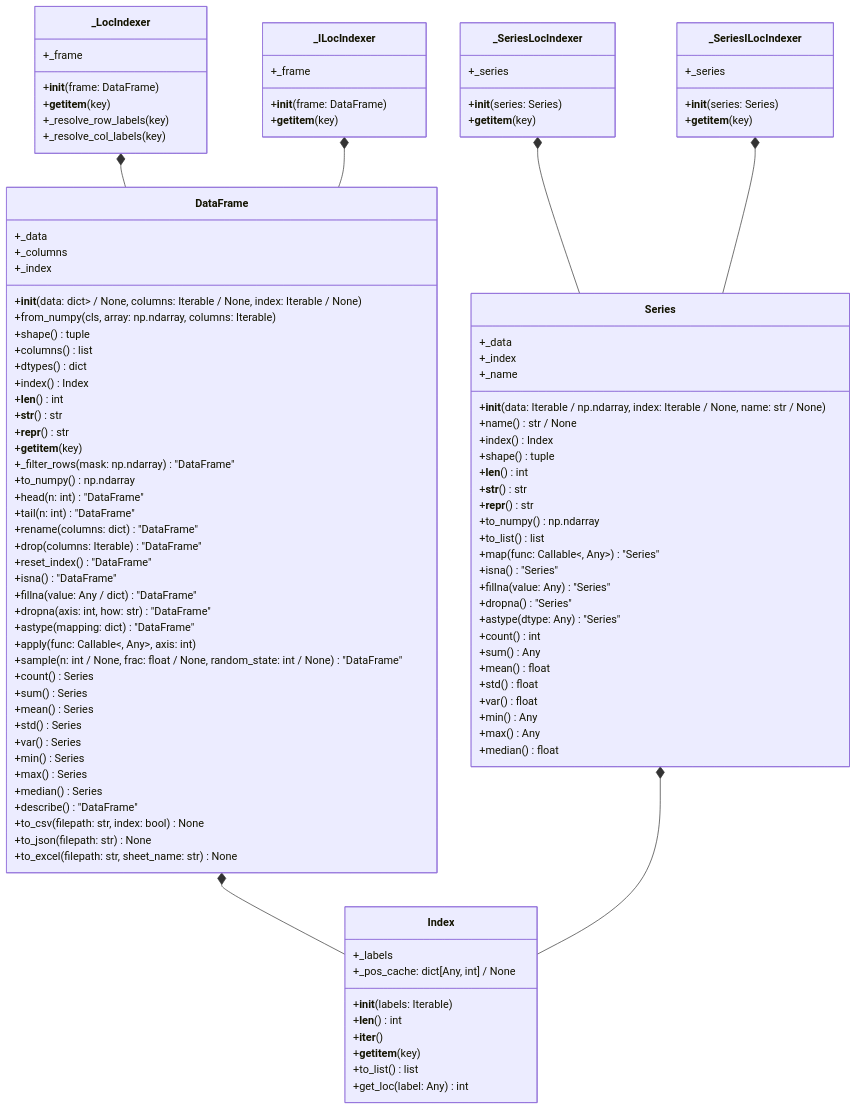
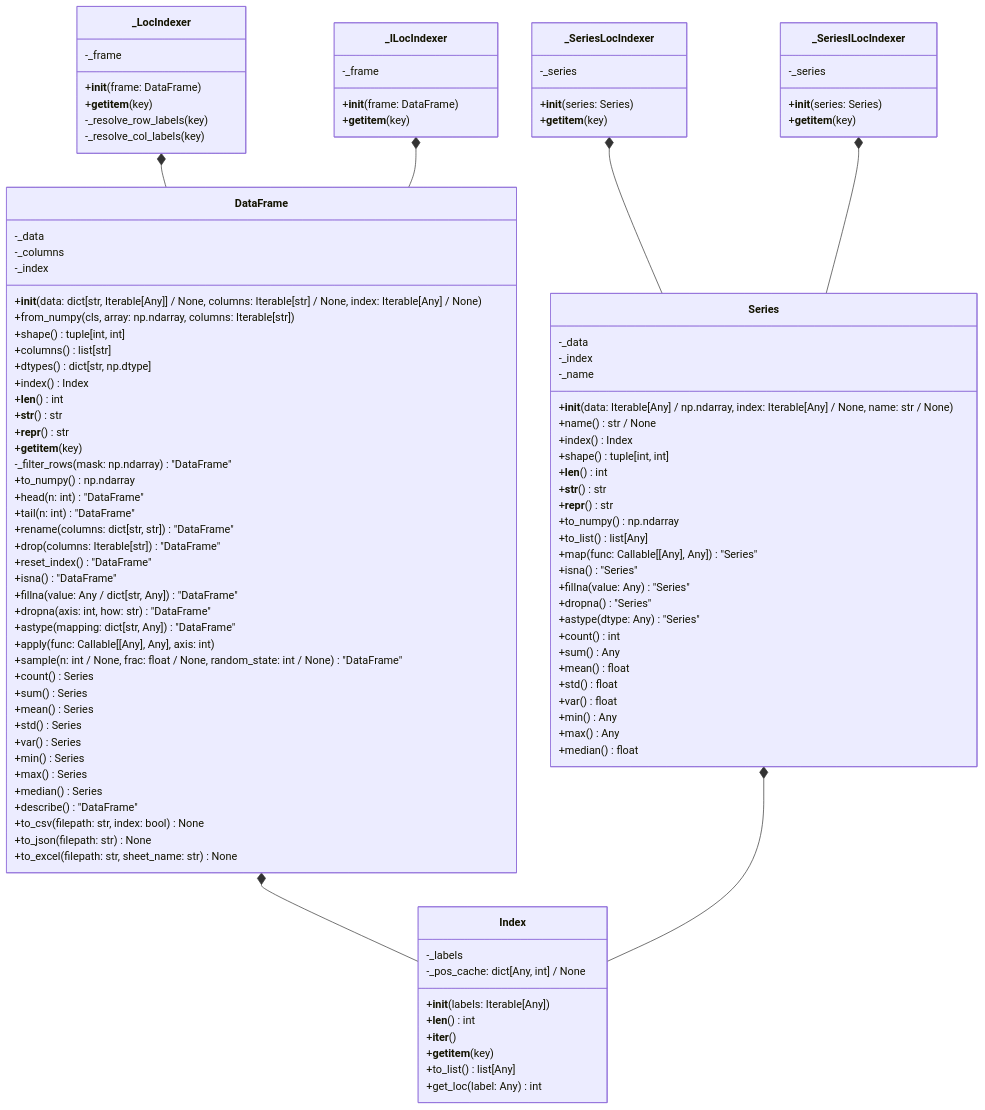
Before and after one commit to SmollCoco/GlassBox: the diagram in packages/glassbox-numpandas/docs/UML_Class_Diagram.md, drawn with Mermaid. The commit also changed 5 other files, not shown here.

Commit message:
correcting UML diagrams of eda and numpandas

````diff
--- a/packages/glassbox-numpandas/docs/UML_Class_Diagram.md
+++ b/packages/glassbox-numpandas/docs/UML_Class_Diagram.md
@@ -3,31 +3,31 @@
 ```mermaid
 classDiagram
     class DataFrame {
-        +_data
-        +_columns
-        +_index
-        +__init__(data: dict<str, Iterable<Any>> / None, columns: Iterable<str> / None, index: Iterable<Any> / None)
-        +from_numpy(cls, array: np.ndarray, columns: Iterable<str>)
-        +shape()  tuple<int, int>
-        +columns()  list<str>
-        +dtypes()  dict<str, np.dtype>
+        -_data
+        -_columns
+        -_index
+        +__init__(data: dict[str, Iterable[Any]] / None, columns: Iterable[str] / None, index: Iterable[Any] / None)
+        +from_numpy(cls, array: np.ndarray, columns: Iterable[str])
+        +shape()  tuple[int, int]
+        +columns()  list[str]
+        +dtypes()  dict[str, np.dtype]
         +index()  Index
         +__len__()  int
         +__str__()  str
         +__repr__()  str
         +__getitem__(key)
-        +_filter_rows(mask: np.ndarray)  "DataFrame"
+        -_filter_rows(mask: np.ndarray)  "DataFrame"
         +to_numpy()  np.ndarray
         +head(n: int)  "DataFrame"
         +tail(n: int)  "DataFrame"
-        +rename(columns: dict<str, str>)  "DataFrame"
-        +drop(columns: Iterable<str>)  "DataFrame"
+        +rename(columns: dict[str, str])  "DataFrame"
+        +drop(columns: Iterable[str])  "DataFrame"
         +reset_index()  "DataFrame"
         +isna()  "DataFrame"
-        +fillna(value: Any / dict<str, Any>)  "DataFrame"
+        +fillna(value: Any / dict[str, Any])  "DataFrame"
         +dropna(axis: int, how: str)  "DataFrame"
-        +astype(mapping: dict<str, Any>)  "DataFrame"
-        +apply(func: Callable<<Any>, Any>, axis: int)
+        +astype(mapping: dict[str, Any])  "DataFrame"
+        +apply(func: Callable[[Any], Any], axis: int)
         +sample(n: int / None, frac: float / None, random_state: int / None)  "DataFrame"
         +count()  Series
         +sum()  Series
@@ -43,41 +43,41 @@
         +to_excel(filepath: str, sheet_name: str)  None
     }
     class _LocIndexer {
-        +_frame
+        -_frame
         +__init__(frame: DataFrame)
         +__getitem__(key)
-        +_resolve_row_labels(key)
-        +_resolve_col_labels(key)
+        -_resolve_row_labels(key)
+        -_resolve_col_labels(key)
     }
     class _ILocIndexer {
-        +_frame
+        -_frame
         +__init__(frame: DataFrame)
         +__getitem__(key)
     }
     class Index {
-        +_labels
-        +_pos_cache: dict[Any, int] / None
-        +__init__(labels: Iterable<Any>)
+        -_labels
+        -_pos_cache: dict[Any, int] / None
+        +__init__(labels: Iterable[Any])
         +__len__()  int
         +__iter__()
         +__getitem__(key)
-        +to_list()  list<Any>
+        +to_list()  list[Any]
         +get_loc(label: Any)  int
     }
     class Series {
-        +_data
-        +_index
-        +_name
-        +__init__(data: Iterable<Any> / np.ndarray, index: Iterable<Any> / None, name: str / None)
+        -_data
+        -_index
+        -_name
+        +__init__(data: Iterable[Any] / np.ndarray, index: Iterable[Any] / None, name: str / None)
         +name()  str / None
         +index()  Index
-        +shape()  tuple<int, int>
+        +shape()  tuple[int, int]
         +__len__()  int
         +__str__()  str
         +__repr__()  str
         +to_numpy()  np.ndarray
-        +to_list()  list<Any>
-        +map(func: Callable<<Any>, Any>)  "Series"
+        +to_list()  list[Any]
+        +map(func: Callable[[Any], Any])  "Series"
         +isna()  "Series"
         +fillna(value: Any)  "Series"
         +dropna()  "Series"
@@ -92,12 +92,12 @@
         +median()  float
     }
     class _SeriesLocIndexer {
-        +_series
+        -_series
         +__init__(series: Series)
         +__getitem__(key)
     }
     class _SeriesILocIndexer {
-        +_series
+        -_series
         +__init__(series: Series)
         +__getitem__(key)
     }
````
